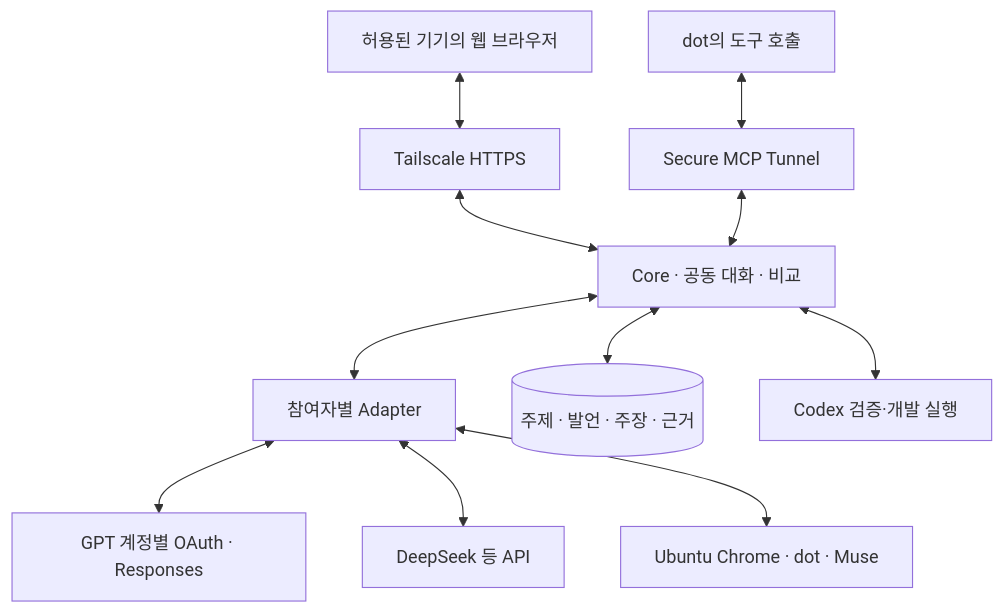
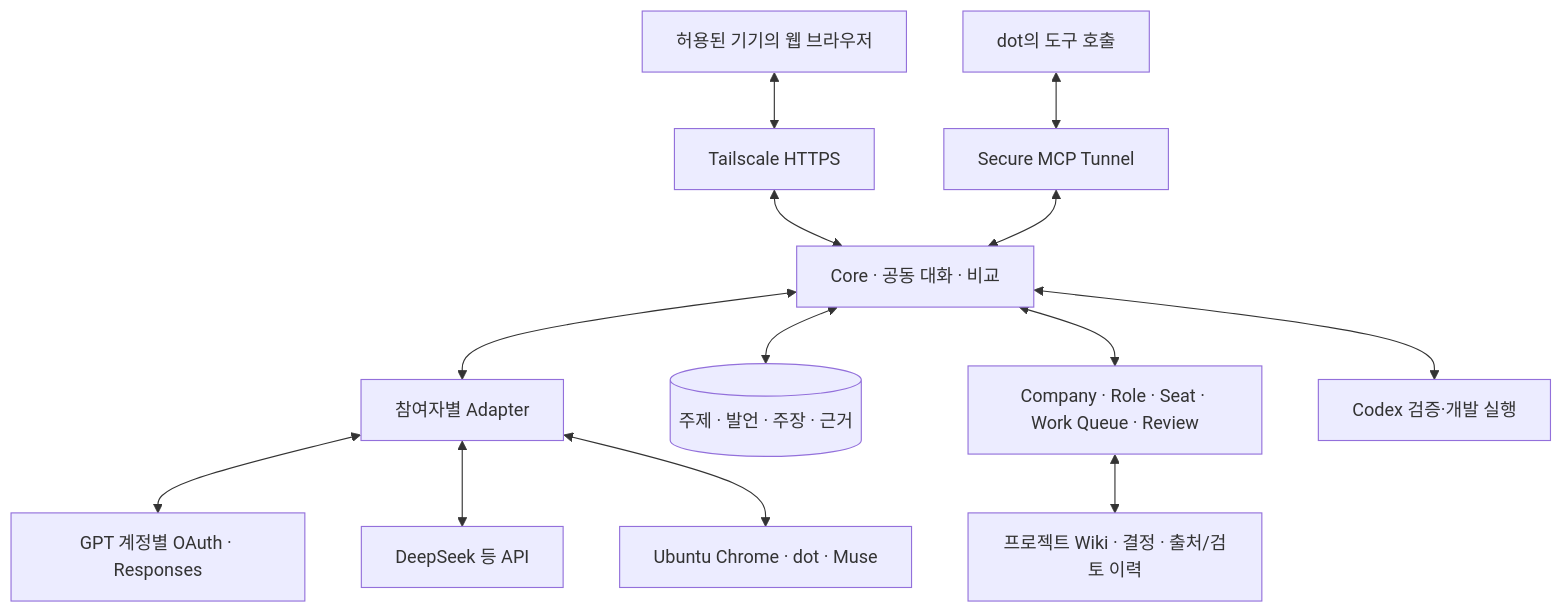
Before and after one commit to firewine/webgpt: the diagram in docs/development-plan.md, drawn with Mermaid. The commit also changed other lines of this file and 6 other files, not shown here.

Commit message:
docs: restore task-queue company workflow as the core product

````diff
--- a/docs/development-plan.md
+++ b/docs/development-plan.md
@@ -143,13 +167,15 @@
 ```mermaid
 flowchart TD
     Client["허용된 기기의 웹 브라우저"] <--> Serve["Tailscale HTTPS"]
     Serve <--> Core["Core · 공동 대화 · 비교"]
     Core <--> Adapter["참여자별 Adapter"]
     Adapter <--> OAuth["GPT 계정별 OAuth · Responses"]
     Adapter <--> API["DeepSeek 등 API"]
     Adapter <--> Browser["Ubuntu Chrome · dot · Muse"]
     Core <--> Store[("주제 · 발언 · 주장 · 근거")]
+    Core <--> Work["Company · Role · Seat · Work Queue · Review"]
+    Work <--> Wiki["프로젝트 Wiki · 결정 · 출처/검토 이력"]
     Core <--> Executor["Codex 검증·개발 실행"]
     DotTool["dot의 도구 호출"] <--> Tunnel["Secure MCP Tunnel"]
     Tunnel <--> Core
 ```
````
